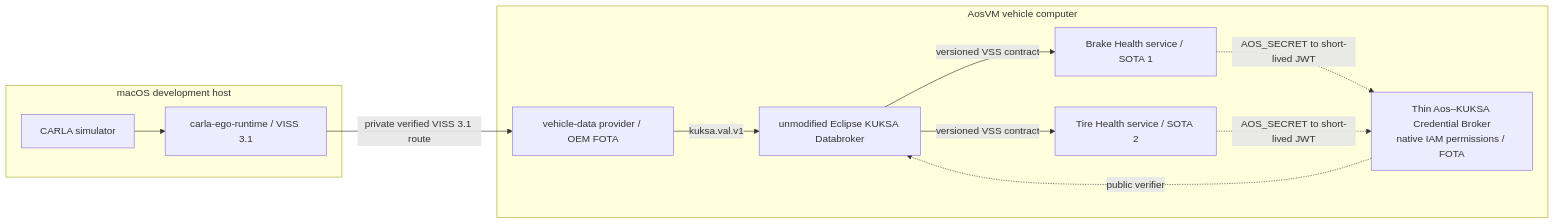
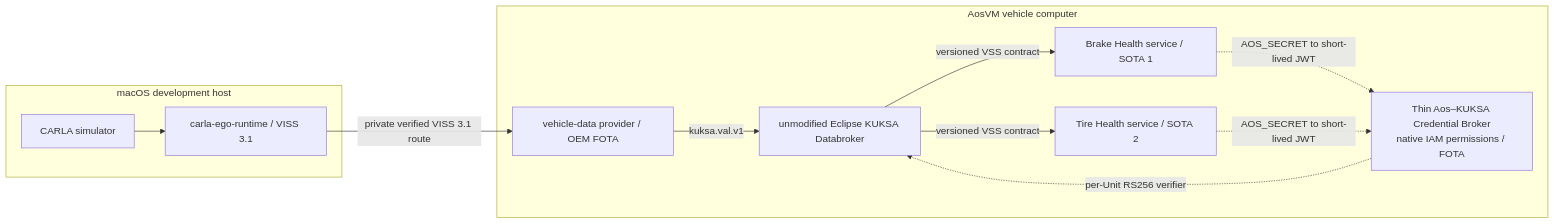
One commit to alexmaninblack/aosedge-sdv-demo changed the diagram in docs/architecture/repository-boundaries.md. Above: the diagram before and after it, drawn with Mermaid. The commit also changed 72 other files, not shown here.

Commit message:
docs: checkpoint demo architecture and requirements baseline

````diff
--- a/docs/architecture/repository-boundaries.md
+++ b/docs/architecture/repository-boundaries.md
@@ -14,24 +14,24 @@
 ```mermaid
 flowchart LR
     subgraph macOS["macOS development host"]
         CARLA["CARLA simulator"]
         VISS["carla-ego-runtime / VISS 3.1"]
         CARLA --> VISS
     end
 
     subgraph AosVM["AosVM vehicle computer"]
         PROVIDER["vehicle-data provider / OEM FOTA"]
         BROKER["Thin Aos–KUKSA Credential Broker<br/>native IAM permissions / FOTA"]
         KUKSA["unmodified Eclipse KUKSA Databroker"]
         SERVICE1["Brake Health service / SOTA 1"]
         SERVICE2["Tire Health service / SOTA 2"]
         PROVIDER -->|"kuksa.val.v1"| KUKSA
         KUKSA -->|"versioned VSS contract"| SERVICE1
         KUKSA -->|"versioned VSS contract"| SERVICE2
         SERVICE1 -. "AOS_SECRET to short-lived JWT" .-> BROKER
         SERVICE2 -. "AOS_SECRET to short-lived JWT" .-> BROKER
-        BROKER -. "public verifier" .-> KUKSA
+        BROKER -. "per-Unit RS256 verifier" .-> KUKSA
     end
 
     VISS -->|"private verified VISS 3.1 route"| PROVIDER
 ```
````
